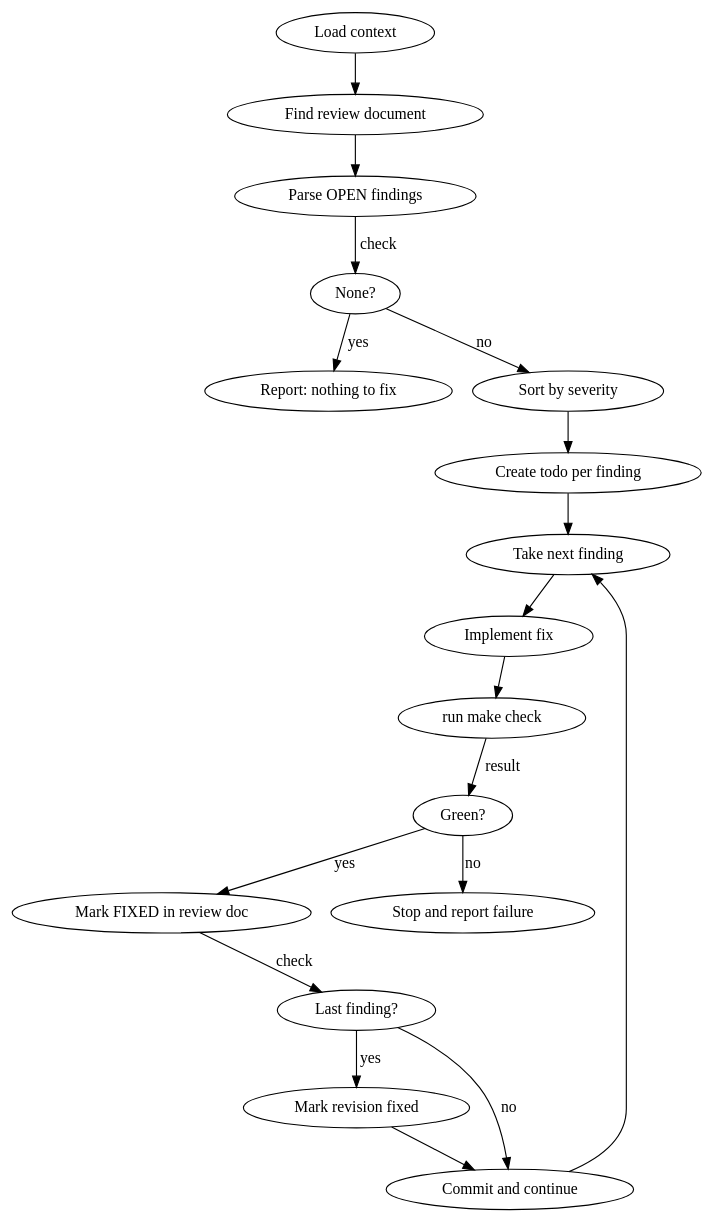
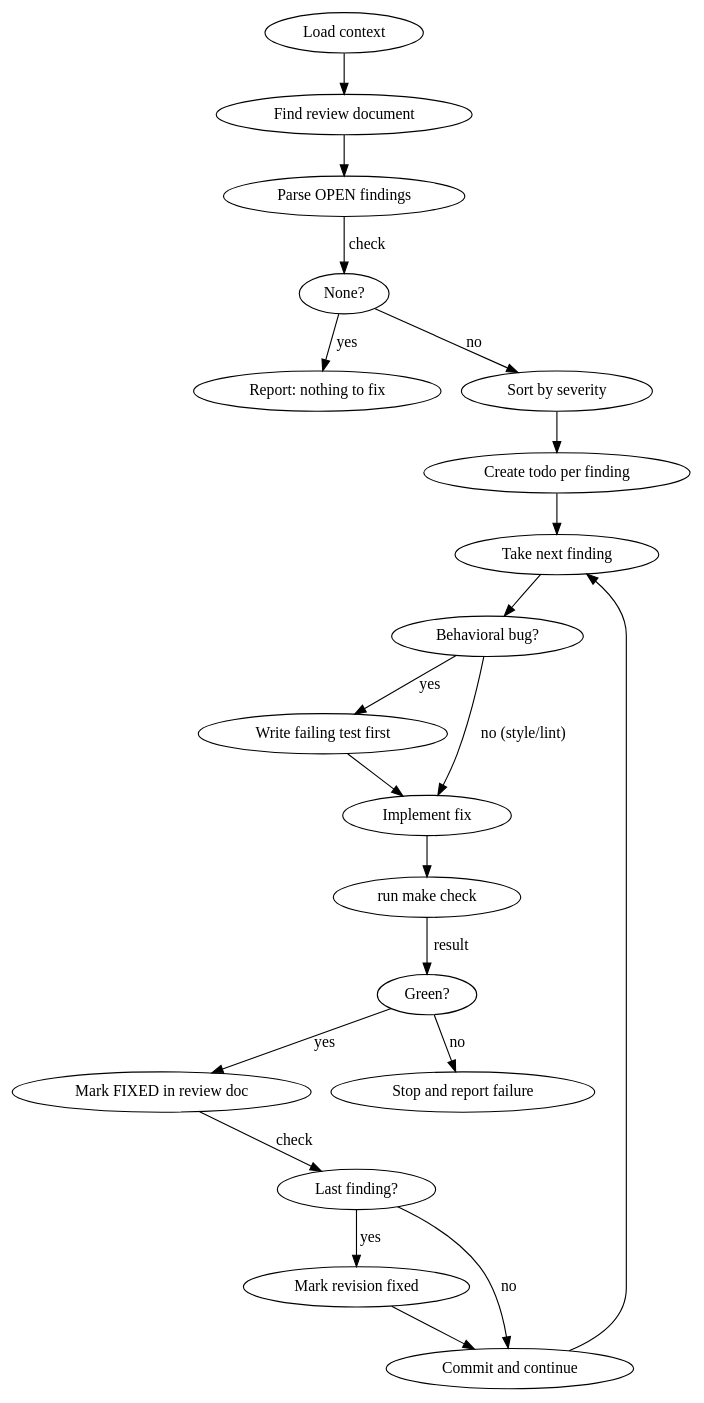
Before and after one commit to fredericomozzato/crypto_tracker: the diagram in .claude/skills/fix/SKILL.md, drawn with Graphviz. The commit also changed other lines of this file and 14 other files, not shown here.

````diff
--- a/.claude/skills/fix/SKILL.md
+++ b/.claude/skills/fix/SKILL.md
@@ -18,21 +18,24 @@
 ```dot
 digraph fix {
     "Load context" -> "Find review document";
     "Find review document" -> "Parse OPEN findings";
     "Parse OPEN findings" -> "None?" [label="check"];
     "None?" -> "Report: nothing to fix" [label="yes"];
     "None?" -> "Sort by severity" [label="no"];
     "Sort by severity" -> "Create todo per finding";
     "Create todo per finding" -> "Take next finding";
-    "Take next finding" -> "Implement fix";
+    "Take next finding" -> "Behavioral bug?";
+    "Behavioral bug?" -> "Write failing test first" [label="yes"];
+    "Behavioral bug?" -> "Implement fix" [label="no (style/lint)"];
+    "Write failing test first" -> "Implement fix";
     "Implement fix" -> "run make check";
     "run make check" -> "Green?" [label="result"];
     "Green?" -> "Mark FIXED in review doc" [label="yes"];
     "Green?" -> "Stop and report failure" [label="no"];
     "Mark FIXED in review doc" -> "Last finding?" [label="check"];
     "Last finding?" -> "Mark revision fixed" [label="yes"];
     "Last finding?" -> "Commit and continue" [label="no"];
     "Mark revision fixed" -> "Commit and continue";
     "Commit and continue" -> "Take next finding";
 }
 ```
````
